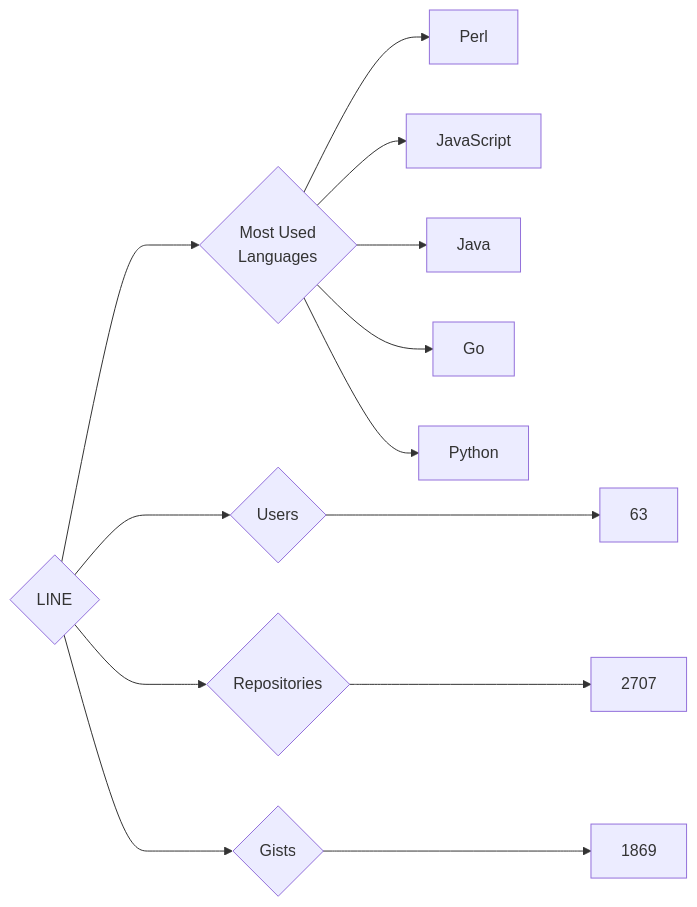
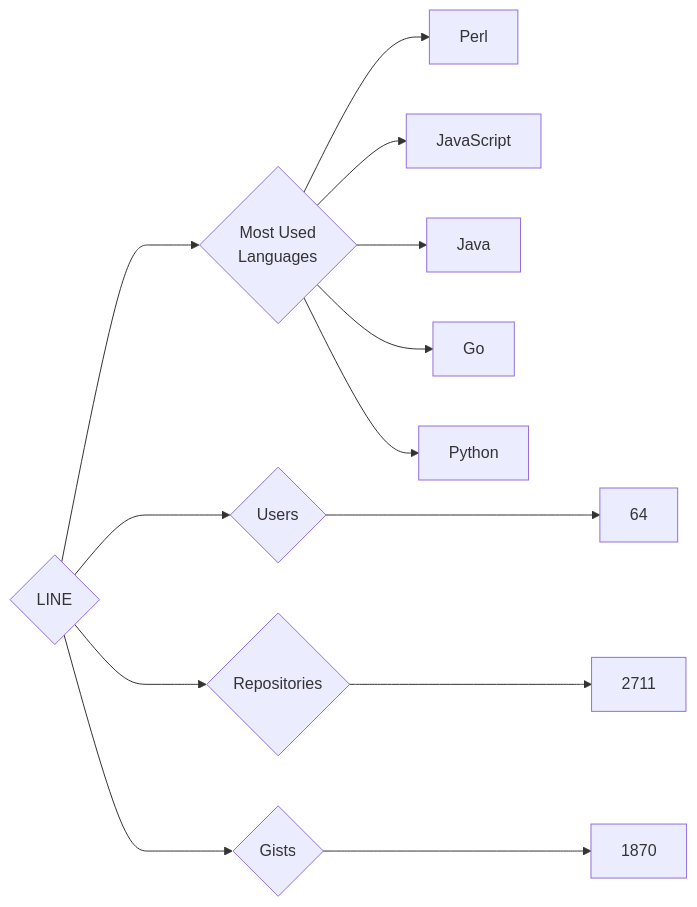
One commit to trickest/insiders changed the diagram in targets/LINE/README.md. Above: the diagram before and after it, drawn with Mermaid. The commit also changed 545 other files, not shown here.

````diff
--- a/targets/LINE/README.md
+++ b/targets/LINE/README.md
@@ -3,13 +3,13 @@
 ```mermaid
 graph LR
 COMPANY_NAME{LINE}
-COMPANY_NAME ---> U{Users} ---> UN[63]
-COMPANY_NAME ---> R{Repositories} ---> RN[2707]
-COMPANY_NAME ---> G{Gists} ---> GN[1869]
+COMPANY_NAME ---> U{Users} ---> UN[64]
+COMPANY_NAME ---> R{Repositories} ---> RN[2711]
+COMPANY_NAME ---> G{Gists} ---> GN[1870]
 COMPANY_NAME ---> ML{Most Used<br>Languages}
 ML --> Perl[Perl]
 ML --> JavaScript[JavaScript]
 ML --> Java[Java]
 ML --> Go[Go]
 ML --> Python[Python]
 ```
````
